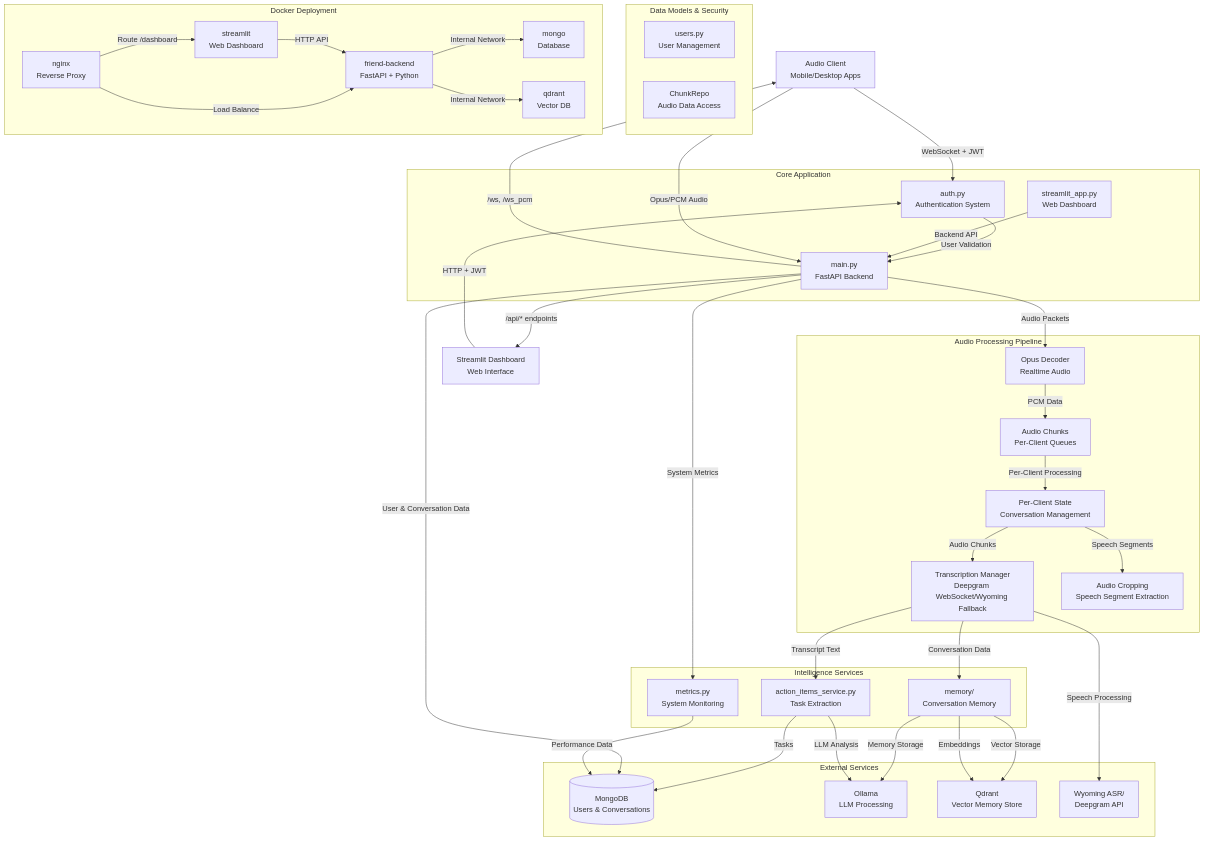
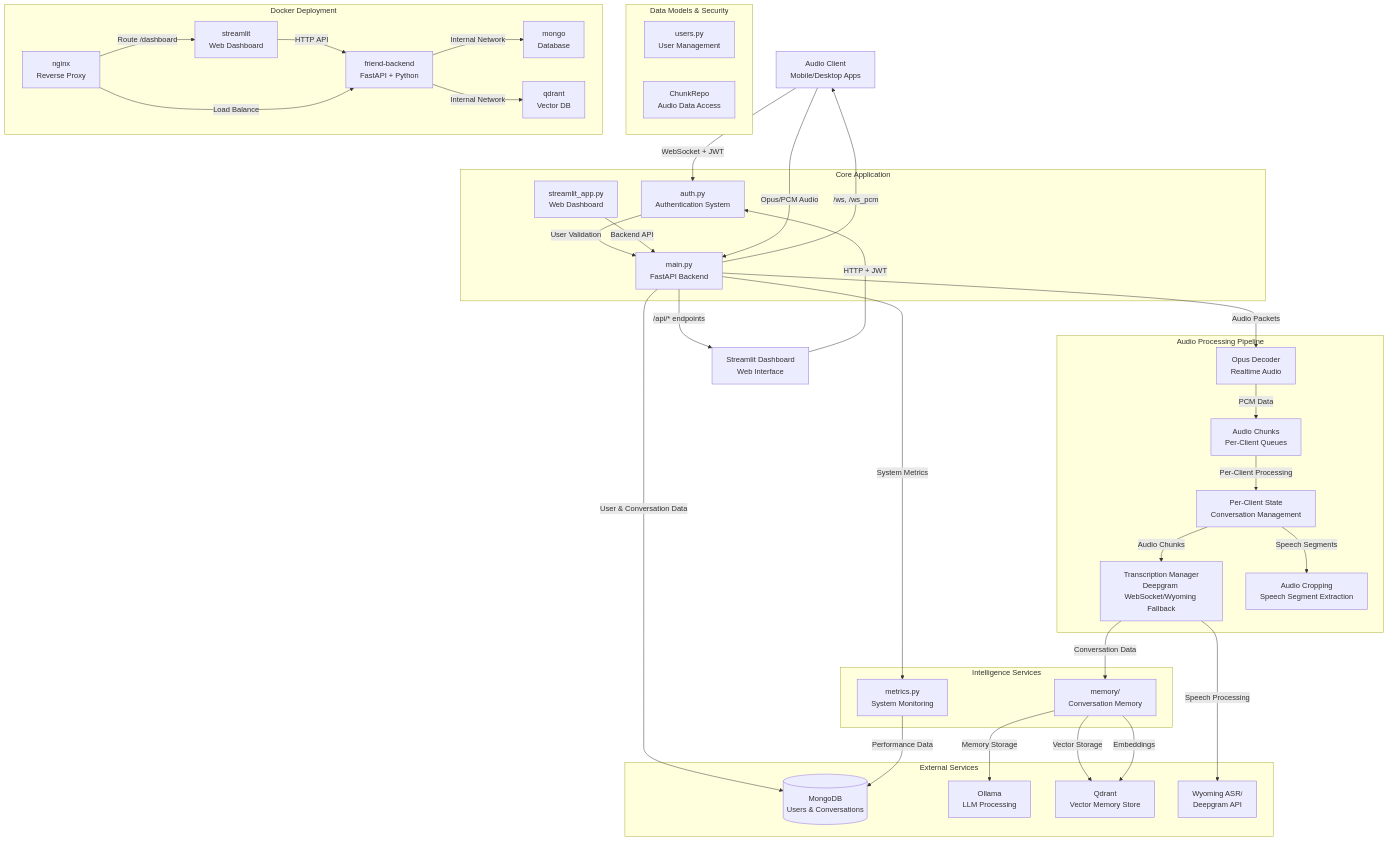
One commit to AnkushMalaker/friend-lite changed the first of 4 diagrams in backends/advanced-backend/Docs/architecture.md. Above: the diagram before and after it, drawn with Mermaid. The commit also changed other lines of this file and 11 other files, not shown here.

Commit message:
Removing action items

```diff
--- a/backends/advanced-backend/Docs/architecture.md
+++ b/backends/advanced-backend/Docs/architecture.md
@@ -34,7 +34,6 @@
     
     %% Business Logic Services
     subgraph "Intelligence Services"
-        ActionItems[action_items_service.py<br/>Task Extraction]
         Memory[memory/<br/>Conversation Memory]
         Metrics[metrics.py<br/>System Monitoring]
     end
@@ -81,9 +80,7 @@
     Main -->|/api/* endpoints| WebUI
     
     %% Service Integration
-    Transcription -->|Transcript Text| ActionItems
     Transcription -->|Conversation Data| Memory
-    ActionItems -->|Tasks| MongoDB
     Memory -->|Memory Storage| Ollama
     Memory -->|Vector Storage| Qdrant
     
@@ -91,7 +88,6 @@
     Main -->|User & Conversation Data| MongoDB
     Transcription -->|Speech Processing| ASR
     Memory -->|Embeddings| Qdrant
-    ActionItems -->|LLM Analysis| Ollama
     
     %% Monitoring & Metrics
     Main -->|System Metrics| Metrics
```
